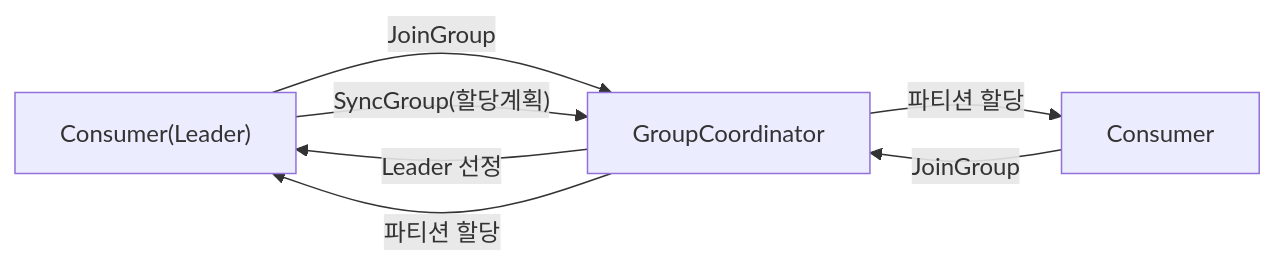
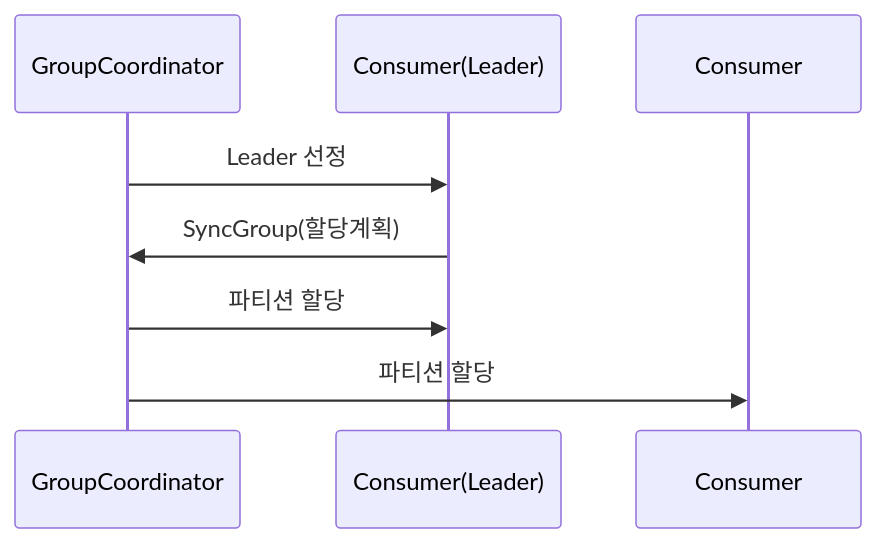
The tenth of 21 diagrams in _posts/kafka/2026-05-01-kafka-internals.md (yjkim2015/yjkim2015.github.io), drawn with Mermaid before and after one commit. The commit also changed other lines of this file and 89 other files, not shown here.

First line of the commit message:
복잡한 flowchart 163개 → sequenceDiagram 변환 (90파일)

````diff
--- a/_posts/kafka/2026-05-01-kafka-internals.md
+++ b/_posts/kafka/2026-05-01-kafka-internals.md
@@ -278,9 +278,7 @@
 ```mermaid
-graph LR
-    C1["Consumer(Leader)"] -->|"JoinGroup"| GC["GroupCoordinator"]
-    C2["Consumer"] -->|"JoinGroup"| GC
-    GC -->|"Leader 선정"| C1
-    C1 -->|"SyncGroup(할당계획)"| GC
-    GC -->|"파티션 할당"| C1
-    GC -->|"파티션 할당"| C2
+sequenceDiagram
+    GroupCoordinator->>Consumer(Leader): Leader 선정
+    Consumer(Leader)->>GroupCoordinator: SyncGroup(할당계획)
+    GroupCoordinator->>Consumer(Leader): 파티션 할당
+    GroupCoordinator->>Consumer: 파티션 할당
 ```
````
